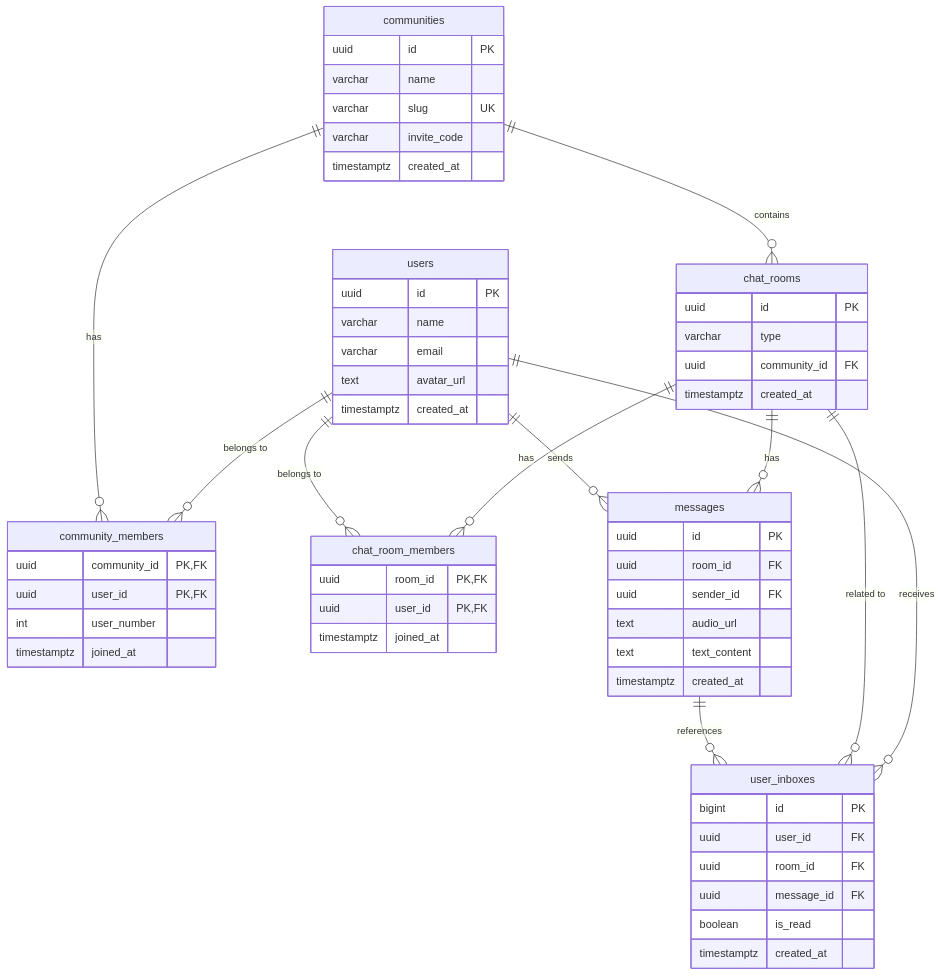
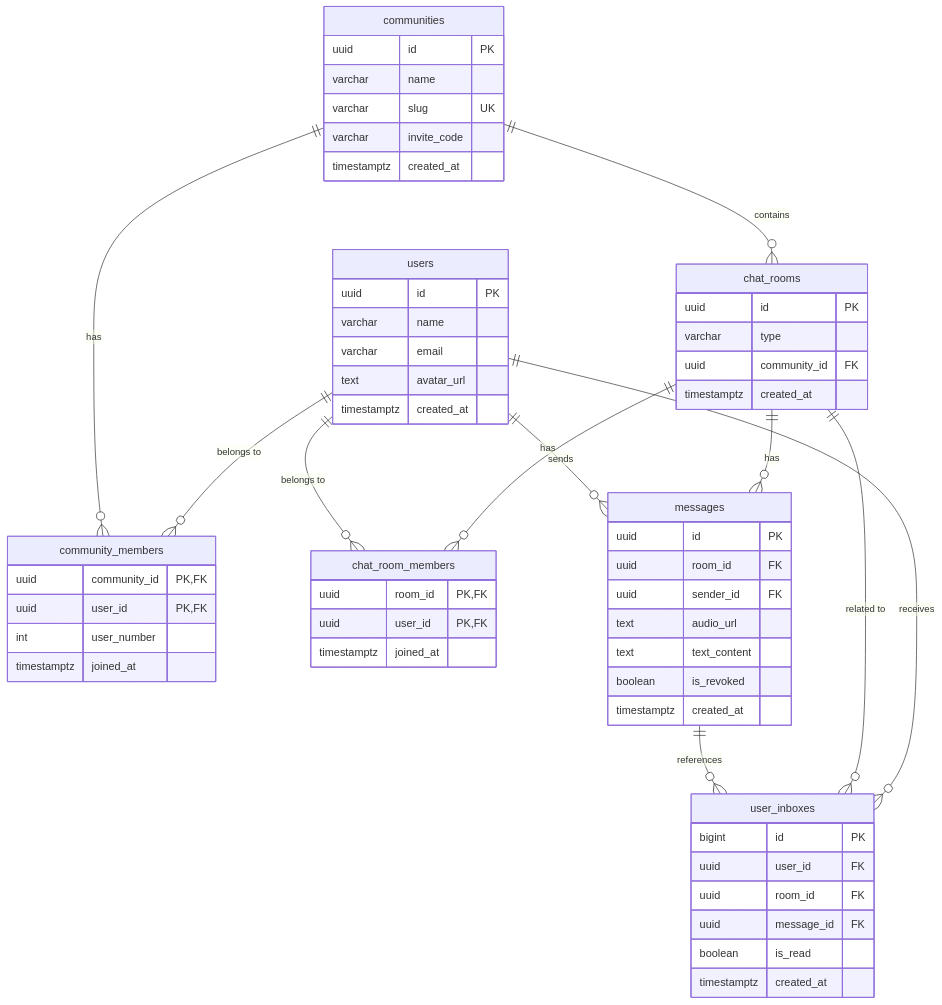
The diagram in docs/database_design.md (jun8k2003/Chatransceiver), drawn with Mermaid before and after one commit. The commit also changed other lines of this file and 7 other files, not shown here.

````diff
--- a/docs/database_design.md
+++ b/docs/database_design.md
@@ -7,67 +7,68 @@
 ```mermaid
 erDiagram
     users {
         uuid id PK
         varchar name
         varchar email
         text avatar_url
         timestamptz created_at
     }
 
     communities {
         uuid id PK
         varchar name
         varchar slug UK
         varchar invite_code
         timestamptz created_at
     }
 
     community_members {
         uuid community_id PK, FK
         uuid user_id PK, FK
         int user_number
         timestamptz joined_at
     }
 
     chat_rooms {
         uuid id PK
         varchar type
         uuid community_id FK
         timestamptz created_at
     }
 
     chat_room_members {
         uuid room_id PK, FK
         uuid user_id PK, FK
         timestamptz joined_at
     }
 
     messages {
         uuid id PK
         uuid room_id FK
         uuid sender_id FK
         text audio_url
         text text_content
+        boolean is_revoked
         timestamptz created_at
     }
 
     user_inboxes {
         bigint id PK
         uuid user_id FK
         uuid room_id FK
         uuid message_id FK
         boolean is_read
         timestamptz created_at
     }
 
     users ||--o{ community_members : "belongs to"
     communities ||--o{ community_members : "has"
     communities ||--o{ chat_rooms : "contains"
     chat_rooms ||--o{ chat_room_members : "has"
     users ||--o{ chat_room_members : "belongs to"
     chat_rooms ||--o{ messages : "has"
     users ||--o{ messages : "sends"
     users ||--o{ user_inboxes : "receives"
     chat_rooms ||--o{ user_inboxes : "related to"
     messages ||--o{ user_inboxes : "references"
 ```
````
